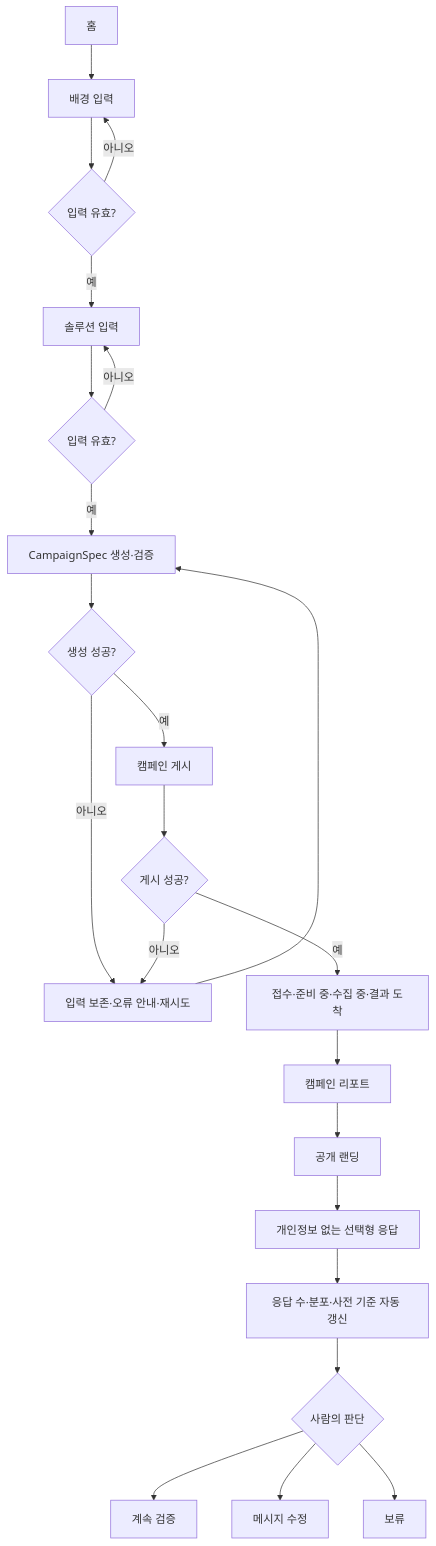
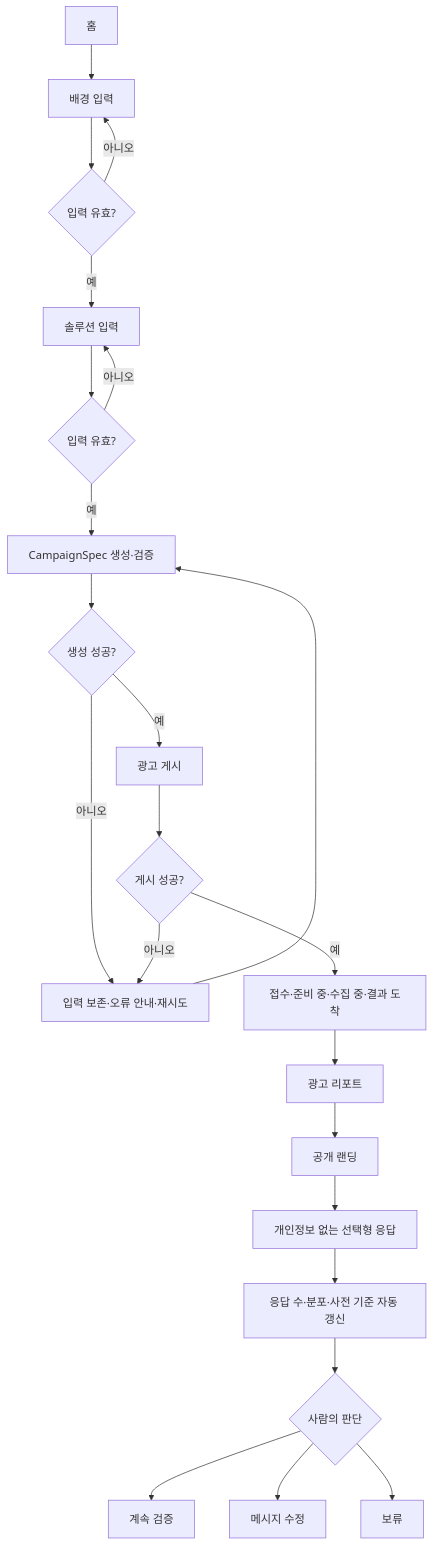
The diagram in docs/user-flow-and-wireframes.md (unithon26/marketvalley), drawn with Mermaid before and after one commit. The commit also changed other lines of this file and 24 other files, not shown here.

````diff
--- a/docs/user-flow-and-wireframes.md
+++ b/docs/user-flow-and-wireframes.md
@@ -38,25 +38,25 @@
 ```mermaid
 flowchart TD
     A[홈] --> B[배경 입력]
     B --> C{입력 유효?}
     C -- 아니오 --> B
     C -- 예 --> D[솔루션 입력]
     D --> E{입력 유효?}
     E -- 아니오 --> D
     E -- 예 --> F[CampaignSpec 생성·검증]
     F --> G{생성 성공?}
     G -- 아니오 --> H[입력 보존·오류 안내·재시도]
     H --> F
-    G -- 예 --> I[캠페인 게시]
+    G -- 예 --> I[광고 게시]
     I --> J{게시 성공?}
     J -- 아니오 --> H
     J -- 예 --> K[접수·준비 중·수집 중·결과 도착]
-    K --> L[캠페인 리포트]
+    K --> L[광고 리포트]
     L --> M[공개 랜딩]
     M --> N[개인정보 없는 선택형 응답]
     N --> O[응답 수·분포·사전 기준 자동 갱신]
     O --> P{사람의 판단}
     P --> Q[계속 검증]
     P --> R[메시지 수정]
     P --> S[보류]
 ```
````
